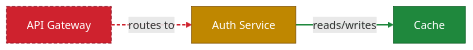
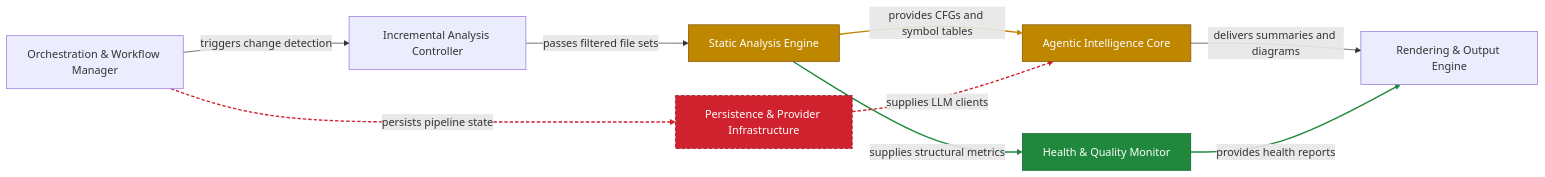
The diagram in README.md (CodeBoarding/CodeBoarding-action), drawn with Mermaid before and after one commit. The commit also changed other lines of this file, not shown here.

Commit message:
docs: rename to 'CodeBoarding Review'; real level-1 architecture sample
Title -> 'CodeBoarding Review'. Replace the toy gateway/cache sample with
CodeBoarding's actual level-1 components (from .codeboarding/analysis.json),
colored as a diff: 1 added (green), 2 modified (yellow), 1 deleted (red dashed),
with edges colored to match.

````diff
--- a/README.md
+++ b/README.md
@@ -26,16 +26,27 @@
 ```mermaid
 graph LR
-    Gateway["API Gateway"]
-    Auth["Auth Service"]
-    Cache["Cache"]
-    Gateway -- "routes to" --> Auth
-    Auth -- "reads/writes" --> Cache
+    Orchestration_Workflow_Manager["Orchestration & Workflow Manager"]
+    Incremental_Analysis_Controller["Incremental Analysis Controller"]
+    Static_Analysis_Engine["Static Analysis Engine"]
+    Agentic_Intelligence_Core["Agentic Intelligence Core"]
+    Health_Quality_Monitor["Health & Quality Monitor"]
+    Rendering_Output_Engine["Rendering & Output Engine"]
+    Persistence_Provider_Infrastructure["Persistence & Provider Infrastructure"]
+    Orchestration_Workflow_Manager -- "triggers change detection" --> Incremental_Analysis_Controller
+    Incremental_Analysis_Controller -- "passes filtered file sets" --> Static_Analysis_Engine
+    Static_Analysis_Engine -- "provides CFGs and symbol tables" --> Agentic_Intelligence_Core
+    Static_Analysis_Engine -- "supplies structural metrics" --> Health_Quality_Monitor
+    Agentic_Intelligence_Core -- "delivers summaries and diagrams" --> Rendering_Output_Engine
+    Health_Quality_Monitor -- "provides health reports" --> Rendering_Output_Engine
+    Persistence_Provider_Infrastructure -- "supplies LLM clients" --> Agentic_Intelligence_Core
+    Orchestration_Workflow_Manager -- "persists pipeline state" --> Persistence_Provider_Infrastructure
     classDef added fill:#1f883d,stroke:#0b5d23,color:#fff;
     classDef modified fill:#bf8700,stroke:#7d4e00,color:#fff;
     classDef deleted fill:#cf222e,stroke:#82071e,color:#fff,stroke-dasharray:5 3;
-    class Cache added;
-    class Auth modified;
-    class Gateway deleted;
-    linkStyle 0 stroke:#cf222e,stroke-width:2px,stroke-dasharray:5 3;
-    linkStyle 1 stroke:#1f883d,stroke-width:2px;
+    class Health_Quality_Monitor added;
+    class Static_Analysis_Engine,Agentic_Intelligence_Core modified;
+    class Persistence_Provider_Infrastructure deleted;
+    linkStyle 3,5 stroke:#1f883d,stroke-width:2px;
+    linkStyle 2 stroke:#bf8700,stroke-width:2px;
+    linkStyle 6,7 stroke:#cf222e,stroke-width:2px,stroke-dasharray:5 3;
 ```
````
